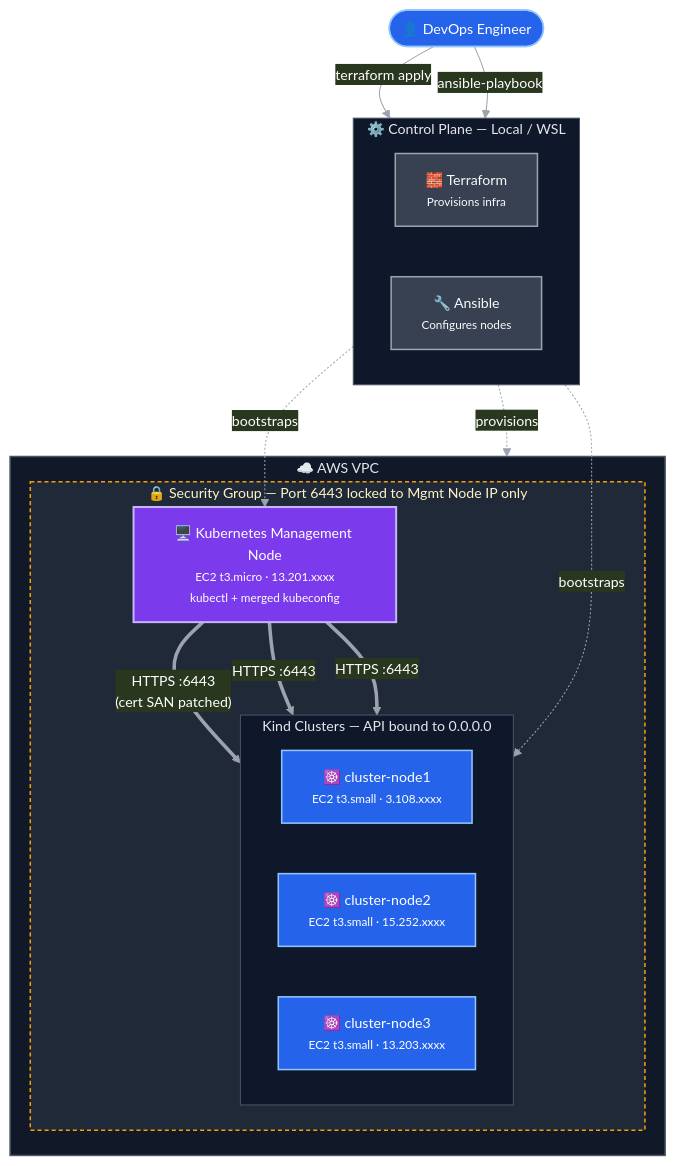
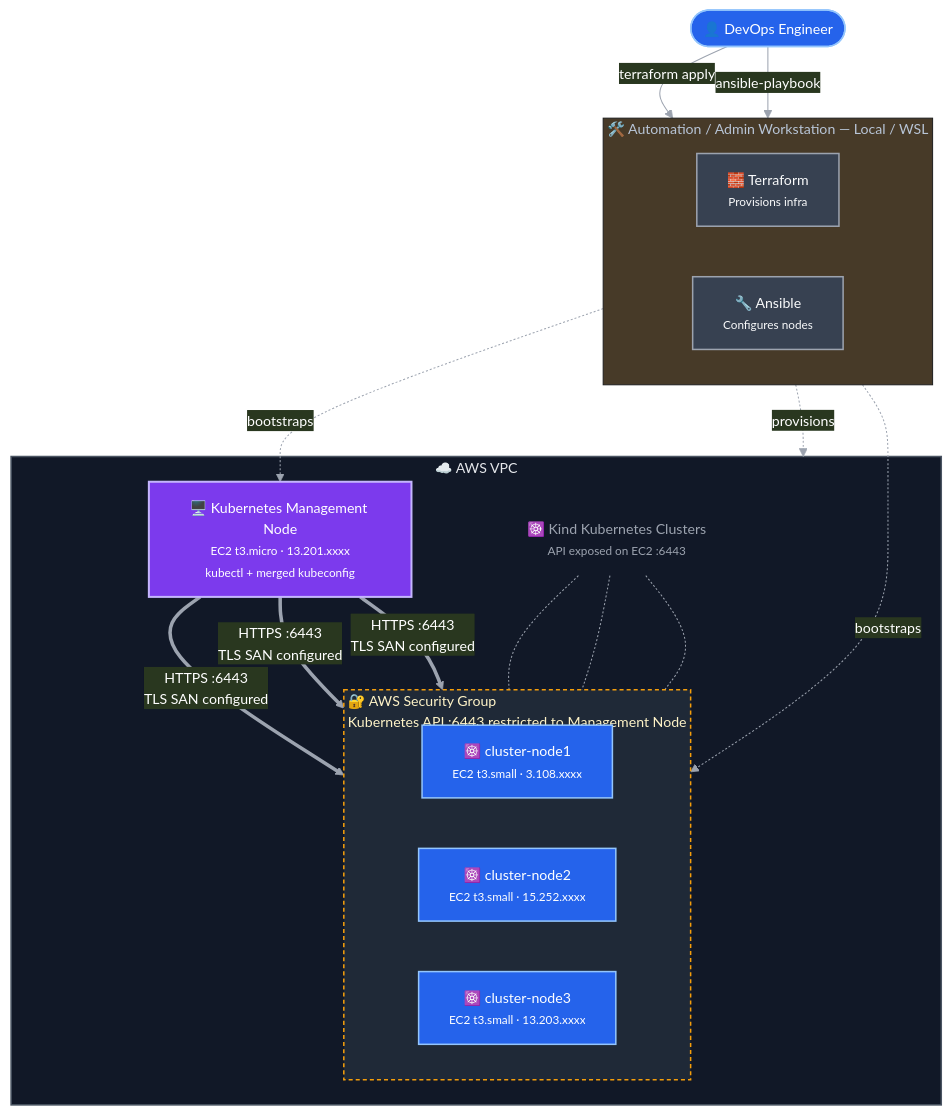
One commit to Mayank11104/Kubernetes-3-Tier-Application-Infrastructure-on-AWS changed the diagram in README.md. Above: the diagram before and after it, drawn with Mermaid.

Commit message:
docs: add terraform and ansible automation flows to architecture diagram

````diff
--- a/README.md
+++ b/README.md
@@ -14,49 +14,53 @@
 ```mermaid
 %%{init: {"theme": "base", "themeVariables": {"primaryColor": "#1f2937", "primaryTextColor": "#ffffff", "primaryBorderColor": "#6b7280", "lineColor": "#9ca3af", "fontSize": "14px"}}}%%
 flowchart TD
     Admin(["👤 DevOps Engineer"])
 
-    subgraph ControlPlane["⚙️ Control Plane — Local / WSL"]
+    subgraph AdminBox["🛠️ Automation / Admin Workstation — Local / WSL"]
         direction LR
         TF["🧱 Terraform<br/><small>Provisions infra</small>"]
         ANS["🔧 Ansible<br/><small>Configures nodes</small>"]
     end
 
     Admin -->|"terraform apply"| TF
     Admin -->|"ansible-playbook"| ANS
 
     subgraph VPC["☁️ AWS VPC"]
-        subgraph SG["🔒 Security Group — Port 6443 locked to Mgmt Node IP only"]
-            MGMT["🖥️ Kubernetes Management Node<br/><small>EC2 t3.micro · 13.201.xxxx</small><br/><small>kubectl + merged kubeconfig</small>"]
+        MGMT["🖥️ Kubernetes Management Node<br/><small>EC2 t3.micro · 13.201.xxxx</small><br/><small>kubectl + merged kubeconfig</small>"]
 
-            subgraph Clusters["Kind Clusters — API bound to 0.0.0.0"]
-                direction LR
-                N1["☸️ cluster-node1<br/><small>EC2 t3.small · 3.108.xxxx</small>"]
-                N2["☸️ cluster-node2<br/><small>EC2 t3.small · 15.252.xxxx</small>"]
-                N3["☸️ cluster-node3<br/><small>EC2 t3.small · 13.203.xxxx</small>"]
-            end
+        subgraph SG["🔐 AWS Security Group<br/>Kubernetes API :6443 restricted to Management Node"]
+            direction LR
+            N1["☸️ cluster-node1<br/><small>EC2 t3.small · 3.108.xxxx</small>"]
+            N2["☸️ cluster-node2<br/><small>EC2 t3.small · 15.252.xxxx</small>"]
+            N3["☸️ cluster-node3<br/><small>EC2 t3.small · 13.203.xxxx</small>"]
         end
+
+        SGNOTE["☸️ Kind Kubernetes Clusters<br/><small>API exposed on EC2 :6443</small>"]
     end
 
     TF -.->|provisions| VPC
     ANS -.->|bootstraps| MGMT
-    ANS -.->|bootstraps| Clusters
+    ANS -.->|bootstraps| SG
 
-    MGMT ==>|"HTTPS :6443<br/>(cert SAN patched)"| N1
-    MGMT ==>|"HTTPS :6443"| N2
-    MGMT ==>|"HTTPS :6443"| N3
+    MGMT ==>|"HTTPS :6443<br/>TLS SAN configured"| N1
+    MGMT ==>|"HTTPS :6443<br/>TLS SAN configured"| N2
+    MGMT ==>|"HTTPS :6443<br/>TLS SAN configured"| N3
+
+    SGNOTE -.- N1
+    SGNOTE -.- N2
+    SGNOTE -.- N3
 
     classDef tool fill:#374151,stroke:#9ca3af,color:#f9fafb,stroke-width:1.5px
     classDef mgmt fill:#7c3aed,stroke:#c4b5fd,color:#ffffff,stroke-width:2px
     classDef node fill:#2563eb,stroke:#93c5fd,color:#ffffff,stroke-width:1.5px
     classDef vpc fill:#111827,stroke:#4b5563,color:#e5e7eb,stroke-width:1.5px
     classDef sg fill:#1f2937,stroke:#f59e0b,color:#fef3c7,stroke-width:1.5px,stroke-dasharray: 4 3
-    classDef cluster fill:#0f172a,stroke:#4b5563,color:#e5e7eb,stroke-width:1px
+    classDef note fill:none,stroke:none,color:#9ca3af
 
     class TF,ANS tool
     class MGMT mgmt
     class N1,N2,N3 node
     class VPC vpc
     class SG sg
-    class Clusters cluster
+    class SGNOTE note
 ```
````
